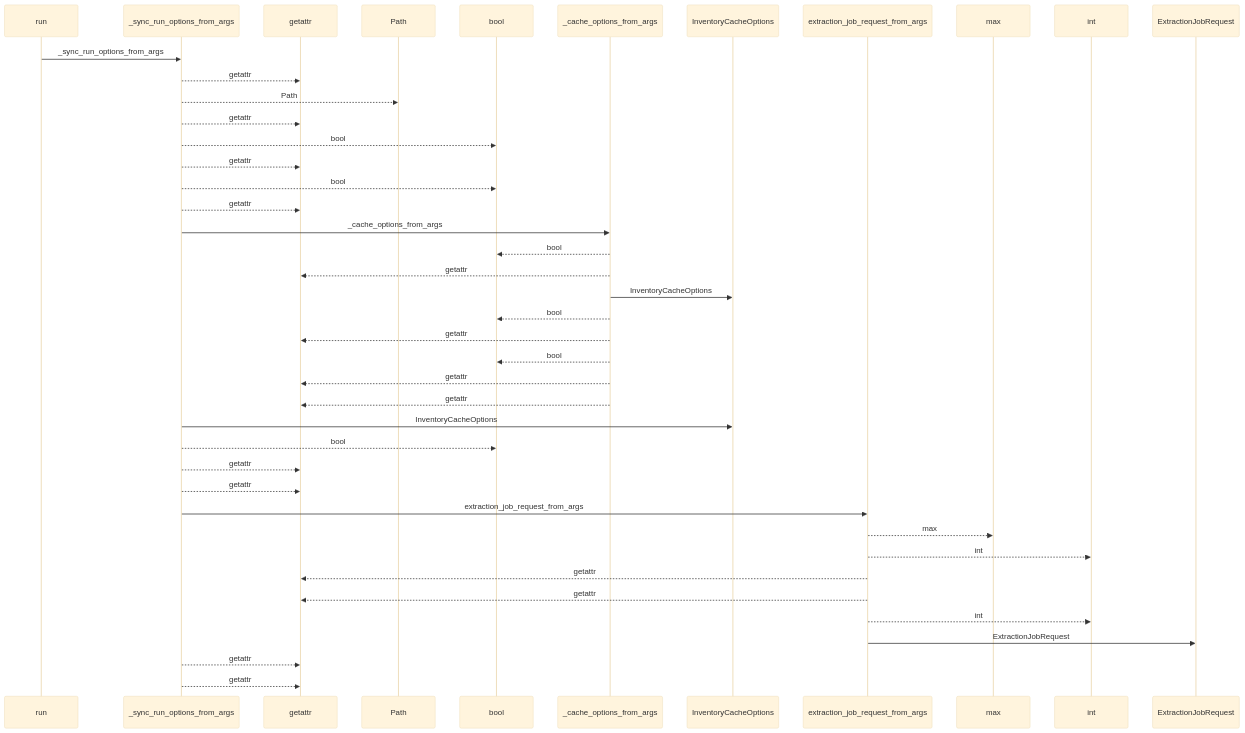
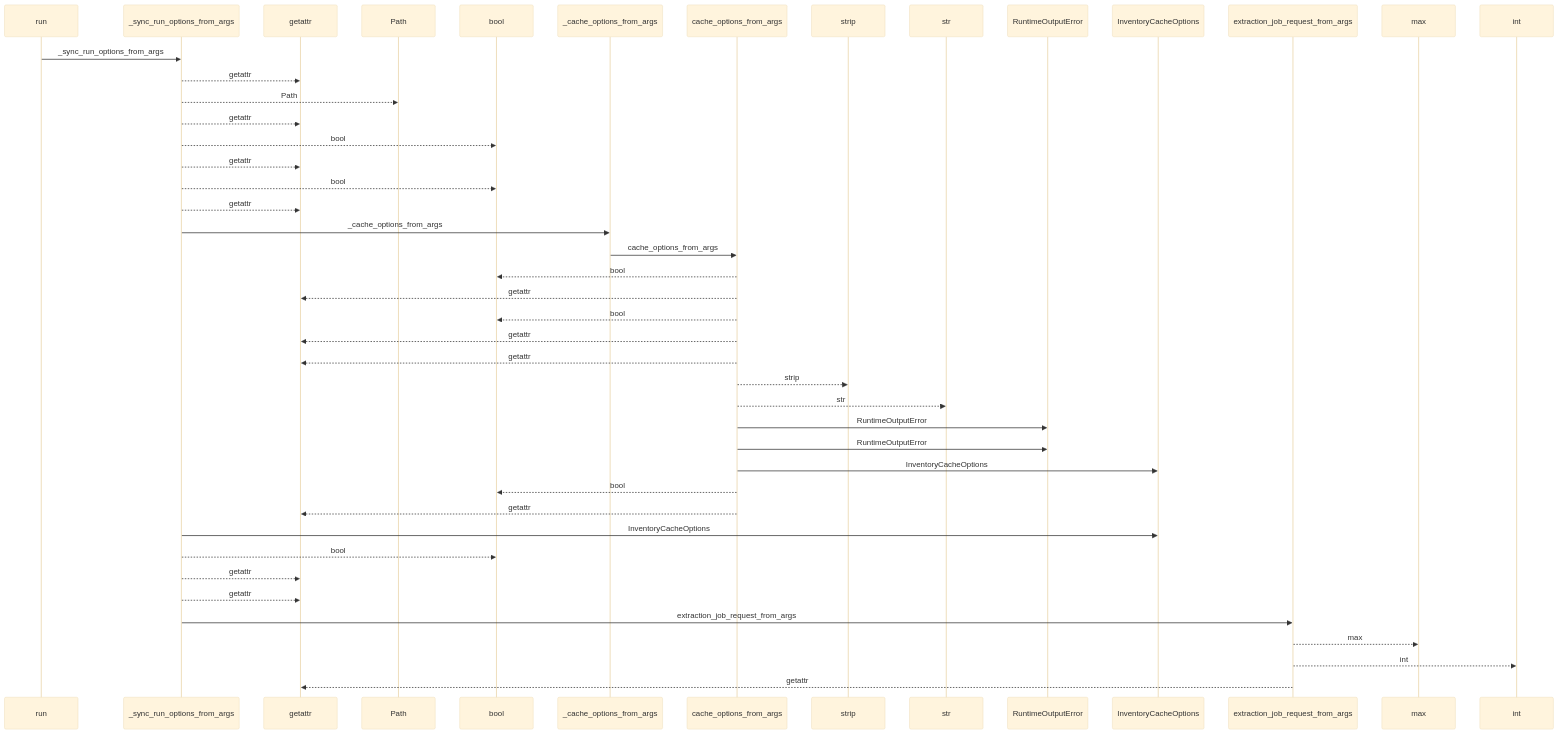
Before and after one commit to Denissvgn/python-wiki-llm: the first of 2 diagrams in docs/llm_wiki/flows/cli-sync.md, drawn with Mermaid (base theme). The commit also changed other lines of this file and 240 other files, not shown here.

````diff
--- a/docs/llm_wiki/flows/cli-sync.md
+++ b/docs/llm_wiki/flows/cli-sync.md
@@ -56,44 +62,47 @@
 ```mermaid
 sequenceDiagram
     participant p0 as run
     participant p1 as _sync_run_options_from_args
     participant p2 as getattr
     participant p3 as Path
     participant p4 as bool
     participant p5 as _cache_options_from_args
-    participant p6 as InventoryCacheOptions
-    participant p7 as extraction_job_request_from_args
-    participant p8 as max
-    participant p9 as int
-    participant p10 as ExtractionJobRequest
+    participant p6 as cache_options_from_args
+    participant p7 as strip
+    participant p8 as str
+    participant p9 as RuntimeOutputError
+    participant p10 as InventoryCacheOptions
+    participant p11 as extraction_job_request_from_args
+    participant p12 as max
+    participant p13 as int
     p0->>p1: _sync_run_options_from_args
     p1-->>p2: getattr
     p1-->>p3: Path
     p1-->>p2: getattr
     p1-->>p4: bool
     p1-->>p2: getattr
     p1-->>p4: bool
     p1-->>p2: getattr
     p1->>p5: _cache_options_from_args
-    p5-->>p4: bool
-    p5-->>p2: getattr
-    p5->>p6: InventoryCacheOptions
-    p5-->>p4: bool
-    p5-->>p2: getattr
-    p5-->>p4: bool
-    p5-->>p2: getattr
-    p5-->>p2: getattr
-    p1->>p6: InventoryCacheOptions
+    p5->>p6: cache_options_from_args
+    p6-->>p4: bool
+    p6-->>p2: getattr
+    p6-->>p4: bool
+    p6-->>p2: getattr
+    p6-->>p2: getattr
+    p6-->>p7: strip
+    p6-->>p8: str
+    p6->>p9: RuntimeOutputError
+    p6->>p9: RuntimeOutputError
+    p6->>p10: InventoryCacheOptions
+    p6-->>p4: bool
+    p6-->>p2: getattr
+    p1->>p10: InventoryCacheOptions
     p1-->>p4: bool
     p1-->>p2: getattr
     p1-->>p2: getattr
-    p1->>p7: extraction_job_request_from_args
-    p7-->>p8: max
-    p7-->>p9: int
-    p7-->>p2: getattr
-    p7-->>p2: getattr
-    p7-->>p9: int
-    p7->>p10: ExtractionJobRequest
-    p1-->>p2: getattr
-    p1-->>p2: getattr
+    p1->>p11: extraction_job_request_from_args
+    p11-->>p12: max
+    p11-->>p13: int
+    p11-->>p2: getattr
 ```
````
